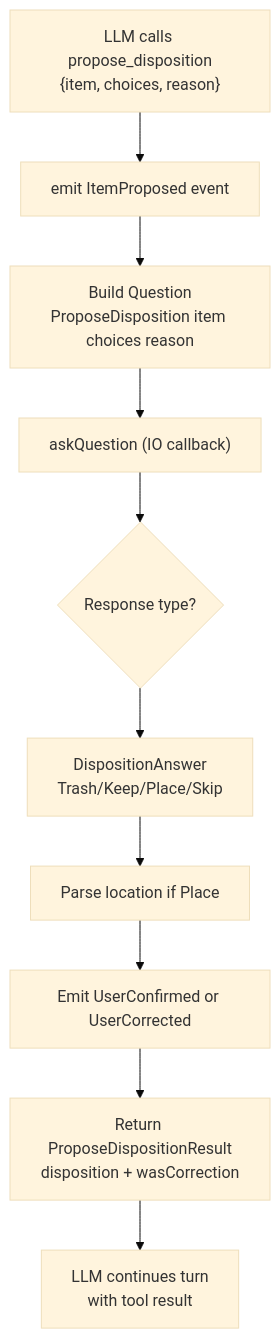
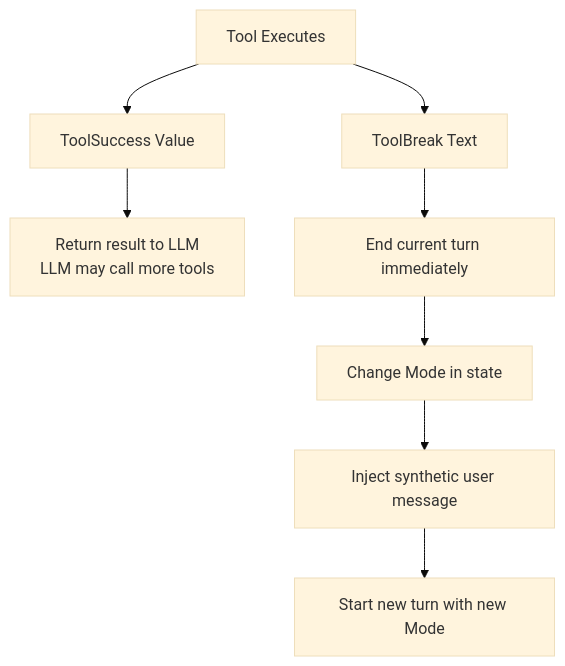
Before and after one commit to tidepool-heavy-industries/exomonad: the first of 4 diagrams in src/Tidying/diagrams/tool-execution.md, drawn with Mermaid (base theme). The commit also changed other lines of this file and 46 other files, not shown here.

First line of the commit message:
Refactor Tidying agent: Mode-based architecture replaces OODA loop

````diff
--- a/src/Tidying/diagrams/tool-execution.md
+++ b/src/Tidying/diagrams/tool-execution.md
@@ -52,16 +15,13 @@
 ```mermaid
 flowchart TD
-    A["LLM calls propose_disposition<br/>{item, choices, reason}"]
-    B["emit ItemProposed event"]
-    C["Build Question<br/>ProposeDisposition item choices reason"]
-    D["askQuestion (IO callback)"]
-    E{"Response type?"}
-    F["DispositionAnswer<br/>Trash/Keep/Place/Skip"]
-    G["Parse location if Place"]
-    H["Emit UserConfirmed or UserCorrected"]
-    I["Return ProposeDispositionResult<br/>disposition + wasCorrection"]
-    J["LLM continues turn<br/>with tool result"]
+    T["Tool Executes"]
+    T --> TS["ToolSuccess Value"]
+    T --> TB["ToolBreak Text"]
 
-    A --> B --> C --> D --> E
-    E --> F --> G --> H --> I --> J
+    TS --> C["Return result to LLM<br/>LLM may call more tools"]
+
+    TB --> E["End current turn immediately"]
+    E --> M["Change Mode in state"]
+    M --> I["Inject synthetic user message"]
+    I --> N["Start new turn with new Mode"]
 ```
````
